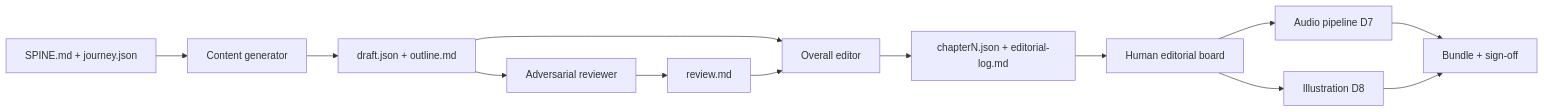
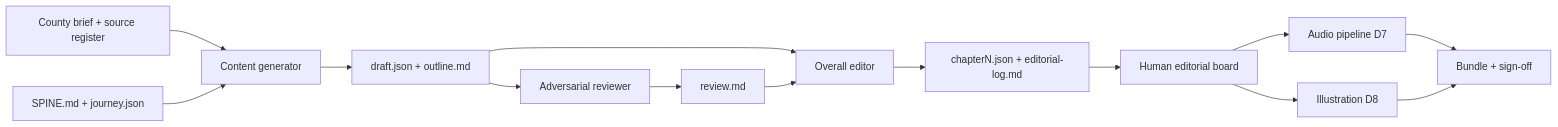
The diagram in docs/CONTENT-PIPELINE.md (cbrown564-alt/an-turas), drawn with Mermaid before and after one commit. The commit also changed other lines of this file and 7 other files, not shown here.

Commit message:
Adopt county-led content model in product docs

````diff
--- a/docs/CONTENT-PIPELINE.md
+++ b/docs/CONTENT-PIPELINE.md
@@ -124,15 +142,16 @@
 ```mermaid
 flowchart LR
-  SPINE[SPINE.md + journey.json] --> GEN[Content generator]
+  COUNTY[County brief + source register] --> GEN[Content generator]
+  SPINE[SPINE.md + journey.json] --> GEN
   GEN --> DRAFT[draft.json + outline.md]
   DRAFT --> ADV[Adversarial reviewer]
   ADV --> REV[review.md]
   DRAFT --> EDIT[Overall editor]
   REV --> EDIT
   EDIT --> FINAL[chapterN.json + editorial-log.md]
   FINAL --> BOARD[Human editorial board]
   BOARD --> AUDIO[Audio pipeline D7]
   BOARD --> ART[Illustration D8]
   AUDIO --> SHIP[Bundle + sign-off]
   ART --> SHIP
 ```
````
